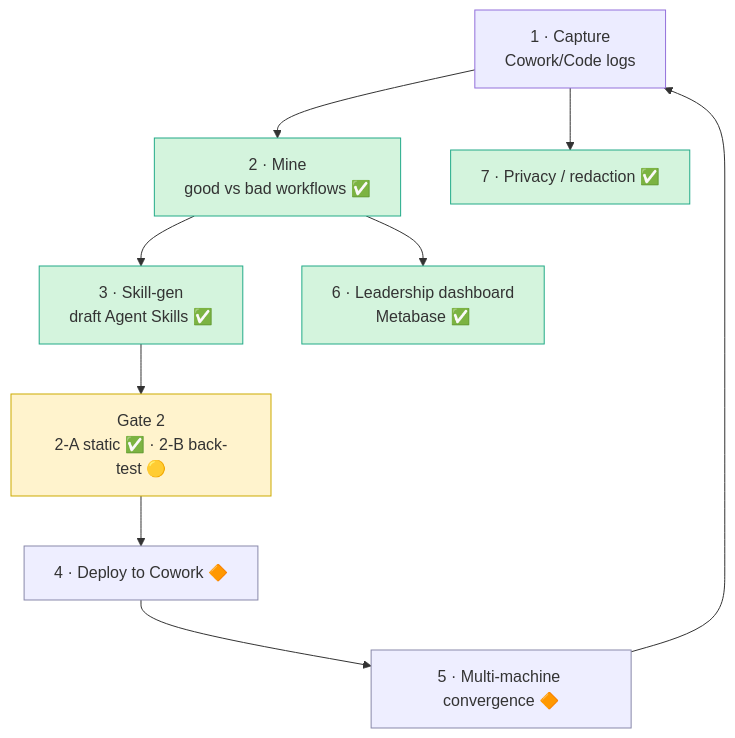
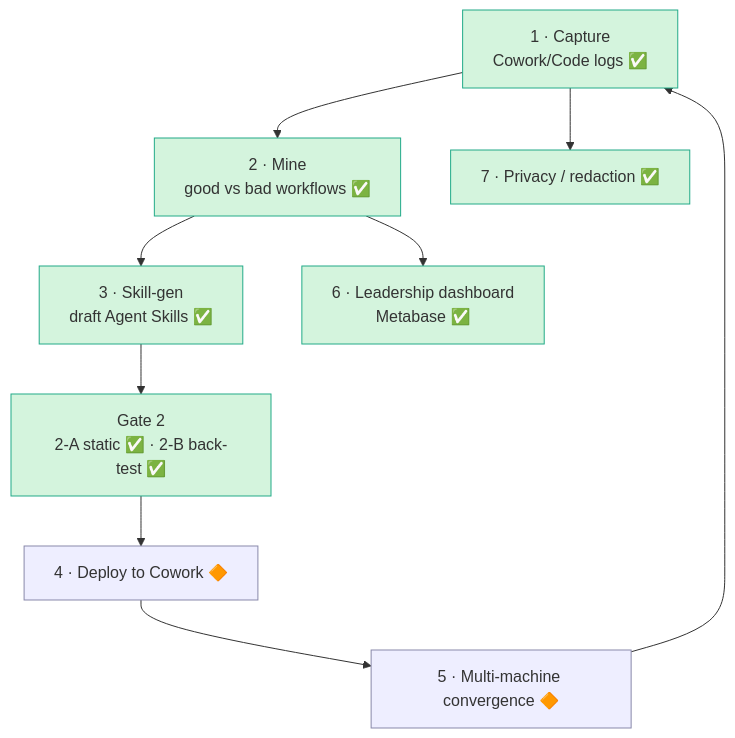
One commit to sines05/cowork-skill-gen changed the first of 4 diagrams in README.md. Above: the diagram before and after it, drawn with Mermaid. The commit also changed other lines of this file and 5 other files, not shown here.

````diff
--- a/README.md
+++ b/README.md
@@ -17,18 +17,18 @@
 ```mermaid
 flowchart TD
-    C["1 · Capture<br/>Cowork/Code logs"] --> M["2 · Mine<br/>good vs bad workflows ✅"]
+    C["1 · Capture<br/>Cowork/Code logs ✅"] --> M["2 · Mine<br/>good vs bad workflows ✅"]
     M --> G["3 · Skill-gen<br/>draft Agent Skills ✅"]
-    G --> Q["Gate 2<br/>2-A static ✅ · 2-B back-test 🟡"]
+    G --> Q["Gate 2<br/>2-A static ✅ · 2-B back-test ✅"]
     Q --> D["4 · Deploy to Cowork 🔶"]
     D --> V["5 · Multi-machine convergence 🔶"]
     V --> C
     M --> B["6 · Leadership dashboard<br/>Metabase ✅"]
     C --> P["7 · Privacy / redaction ✅"]
 
     classDef done fill:#d4f4dd,stroke:#2a8;
     classDef wip fill:#fff3cd,stroke:#ca0;
     classDef todo fill:#eef,stroke:#88a;
-    class M,G,B,P done;
-    class Q wip;
+    class C,M,G,B,P done;
+    class Q done;
     class D,V todo;
 ```
````
